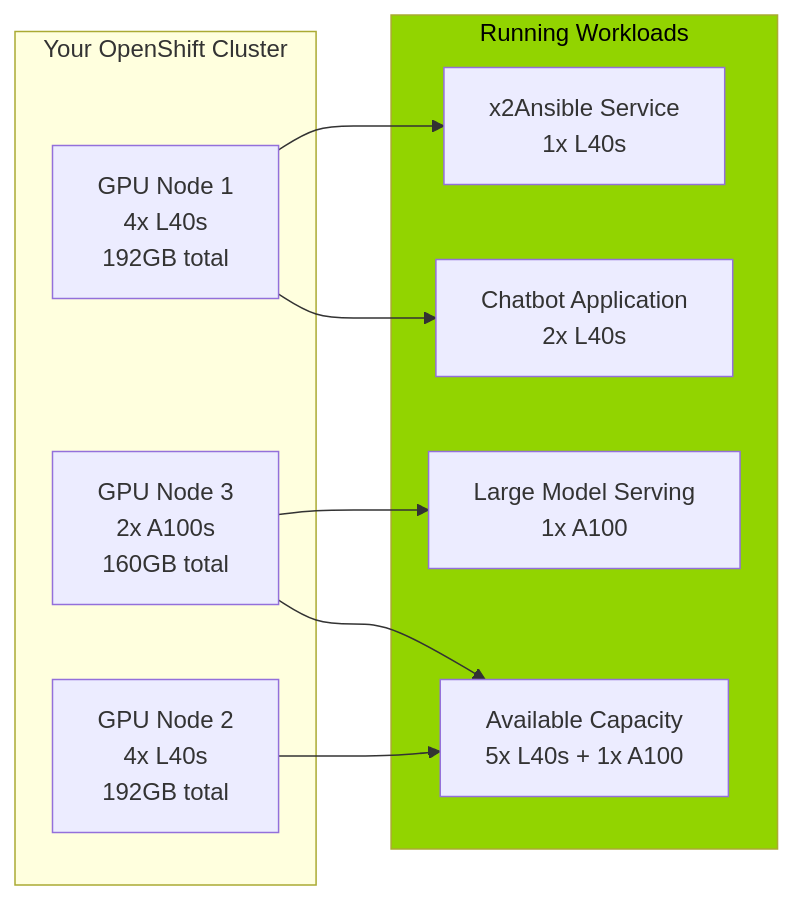
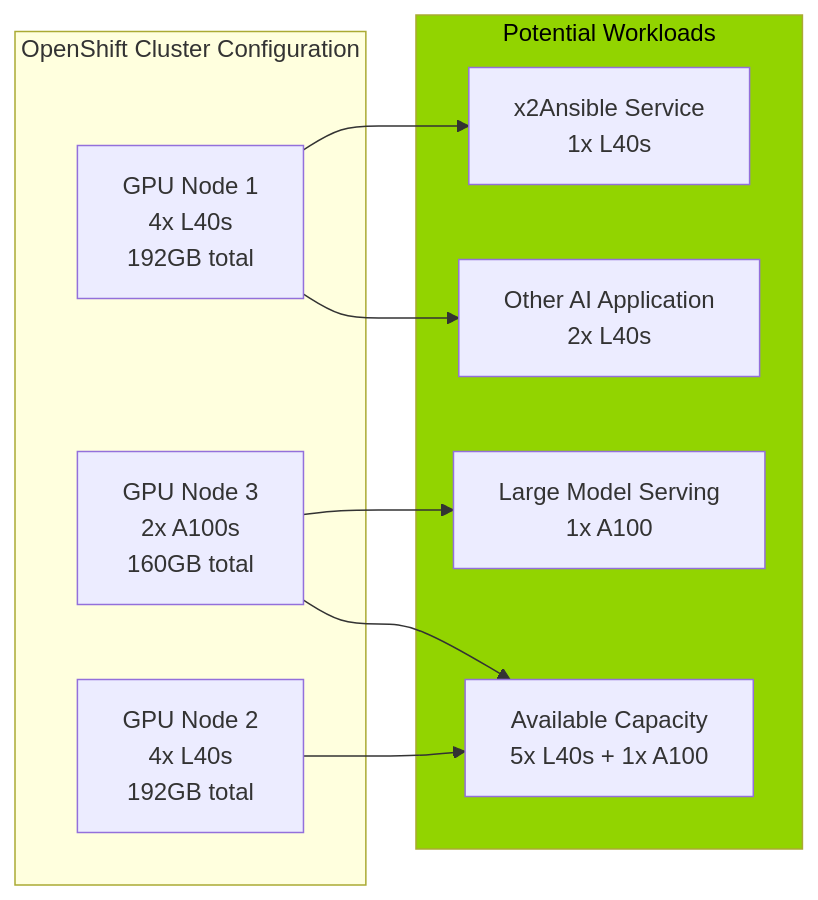
One commit to robbybrodie/preso changed the fourth of 9 diagrams in executive-slide-01-current-infrastructure.md. Above: the diagram before and after it, drawn with Mermaid. The commit also changed other lines of this file, not shown here.

````diff
--- a/executive-slide-01-current-infrastructure.md
+++ b/executive-slide-01-current-infrastructure.md
@@ -180,23 +180,23 @@
 ```mermaid
 graph LR
-    subgraph Cluster[Your OpenShift Cluster]
+    subgraph Cluster[OpenShift Cluster Configuration]
         N1[GPU Node 1<br/>4x L40s<br/>192GB total]
         N2[GPU Node 2<br/>4x L40s<br/>192GB total]
         N3[GPU Node 3<br/>2x A100s<br/>160GB total]
     end
     
-    subgraph Workloads[Running Workloads]
+    subgraph Workloads[Potential Workloads]
         W1[x2Ansible Service<br/>1x L40s]
-        W2[Chatbot Application<br/>2x L40s]
+        W2[Other AI Application<br/>2x L40s]
         W3[Large Model Serving<br/>1x A100]
         W4[Available Capacity<br/>5x L40s + 1x A100]
     end
     
     N1 --> W1
     N1 --> W2
     N2 --> W4
     N3 --> W3
     N3 --> W4
     
     style Workloads fill:#92d400,color:#000
 ```
````
